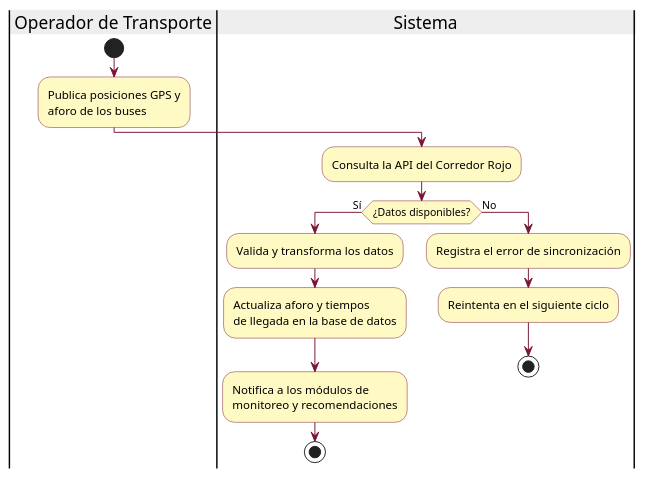
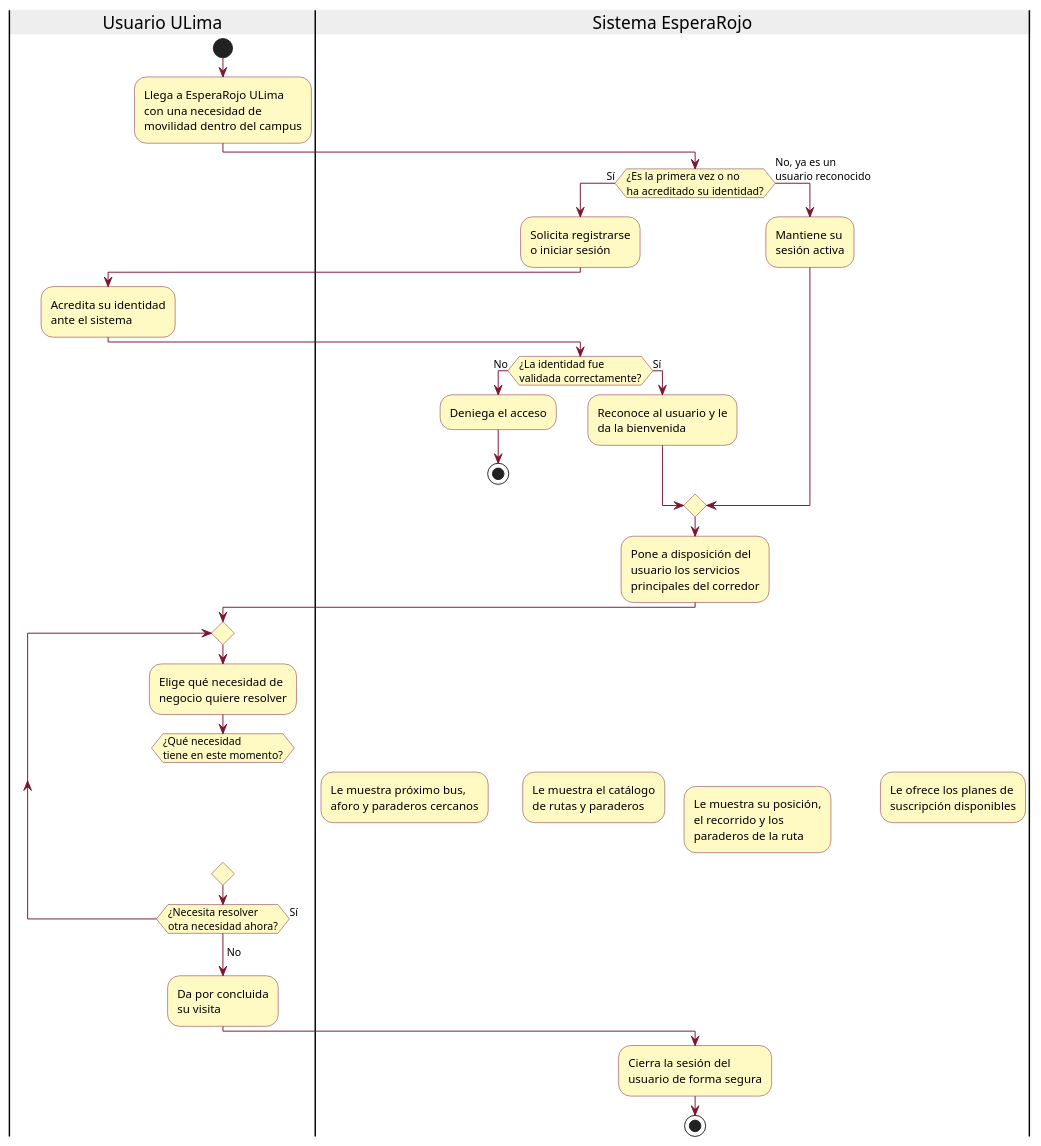
The diagram in flujo de casos/actividad7.puml (AndreCabrejos/diagramas-uml), drawn with PlantUML before and after one commit. The commit also changed 14 other files, not shown here.

```diff
--- a/flujo de casos/actividad7.puml
+++ b/flujo de casos/actividad7.puml
@@ -1,27 +1,59 @@
-@startuml
+@startuml "Actividad 7 - Proceso de Negocio Integral: Experiencia del Usuario en EsperaRojo ULima"
 skinparam SwimlaneTitleBackgroundColor #EEE
 skinparam ActivityBackgroundColor #FFF9C4
 skinparam ActivityBorderColor #7A1631
 skinparam Arrow {
   Color #7A1631
 }
 
-|Operador de Transporte|
+|Usuario ULima|
 start
-:Publica posiciones GPS y\naforo de los buses;
+:Llega a EsperaRojo ULima\ncon una necesidad de\nmovilidad dentro del campus;
 
-|Sistema|
-:Consulta la API del Corredor Rojo;
+|Sistema EsperaRojo|
+if (¿Es la primera vez o no\nha acreditado su identidad?) then (Sí)
+  :Solicita registrarse\no iniciar sesión;
+  |Usuario ULima|
+  :Acredita su identidad\nante el sistema;
 
-if (¿Datos disponibles?) then (Sí)
-  :Valida y transforma los datos;
-  :Actualiza aforo y tiempos\nde llegada en la base de datos;
-  :Notifica a los módulos de\nmonitoreo y recomendaciones;
-  stop
-else (No)
-  :Registra el error de sincronización;
-  :Reintenta en el siguiente ciclo;
-  stop
+  |Sistema EsperaRojo|
+  if (¿La identidad fue\nvalidada correctamente?) then (No)
+    :Deniega el acceso;
+    stop
+  else (Sí)
+    :Reconoce al usuario y le\nda la bienvenida;
+  endif
+else (No, ya es un\nusuario reconocido)
+  :Mantiene su\nsesión activa;
 endif
 
+:Pone a disposición del\nusuario los servicios\nprincipales del corredor;
+
+|Usuario ULima|
+repeat
+  :Elige qué necesidad de\nnegocio quiere resolver;
+  switch (¿Qué necesidad\ntiene en este momento?)
+  case (Saber qué bus\ntomar ahora mismo)
+    |Sistema EsperaRojo|
+    :Le muestra próximo bus,\naforo y paraderos cercanos;
+  case (Planificar su\nviaje por rutas)
+    |Sistema EsperaRojo|
+    :Le muestra el catálogo\nde rutas y paraderos;
+  case (Ubicarse en el mapa\ndel corredor y ver el\nrecorrido de una ruta)
+    |Sistema EsperaRojo|
+    :Le muestra su posición,\nel recorrido y los\nparaderos de la ruta;
+  case (Mejorar su experiencia\ncon un plan premium)
+    |Sistema EsperaRojo|
+    :Le ofrece los planes de\nsuscripción disponibles;
+  endswitch
+  |Usuario ULima|
+repeat while (¿Necesita resolver\notra necesidad ahora?) is (Sí)
+->No;
+
+:Da por concluida\nsu visita;
+
+|Sistema EsperaRojo|
+:Cierra la sesión del\nusuario de forma segura;
+stop
+
 @enduml
```
